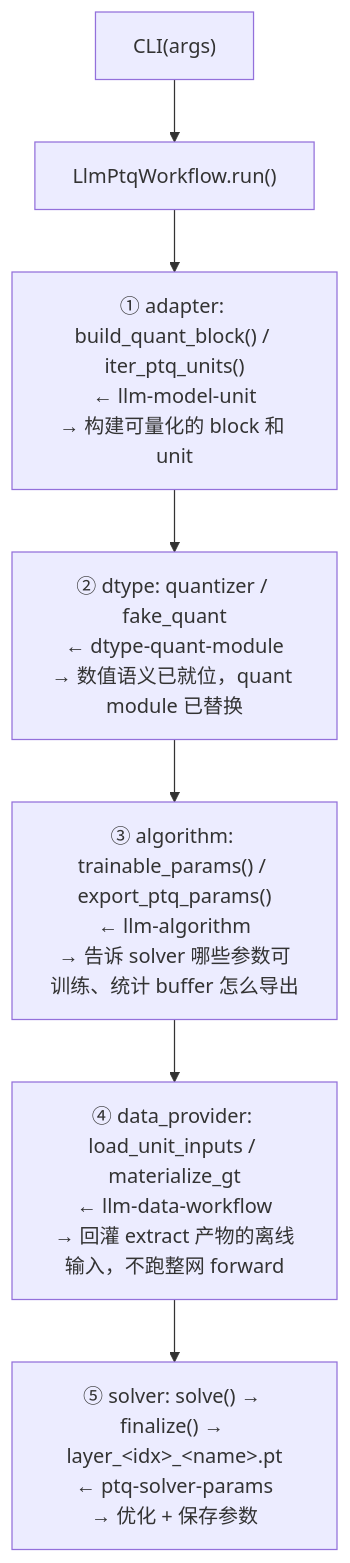
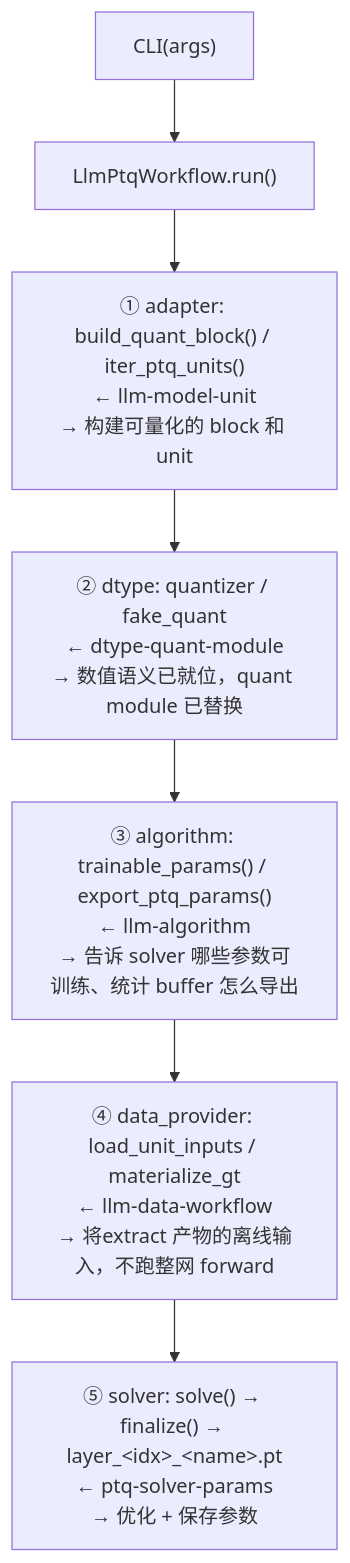
One commit to Atlas-Ascend-Fork/amct changed the third of 5 diagrams in .agents/docs/amct_coder_analysis/data_flow_design_v2.md. Above: the diagram before and after it, drawn with Mermaid. The commit also changed other lines of this file, not shown here.

````diff
--- a/.agents/docs/amct_coder_analysis/data_flow_design_v2.md
+++ b/.agents/docs/amct_coder_analysis/data_flow_design_v2.md
@@ -77,9 +77,9 @@
 ```mermaid
 flowchart TD
     A["CLI(args)"] --> B["LlmPtqWorkflow.run()"]
     B --> C["① adapter: build_quant_block() / iter_ptq_units()<br/>← llm-model-unit<br/>→ 构建可量化的 block 和 unit"]
     C --> D["② dtype: quantizer / fake_quant<br/>← dtype-quant-module<br/>→ 数值语义已就位，quant module 已替换"]
     D --> E["③ algorithm: trainable_params() / export_ptq_params()<br/>← llm-algorithm<br/>→ 告诉 solver 哪些参数可训练、统计 buffer 怎么导出"]
-    E --> F["④ data_provider: load_unit_inputs / materialize_gt<br/>← llm-data-workflow<br/>→ 回灌 extract 产物的离线输入，不跑整网 forward"]
+    E --> F["④ data_provider: load_unit_inputs / materialize_gt<br/>← llm-data-workflow<br/>→ 将extract 产物的离线输入，不跑整网 forward"]
     F --> G["⑤ solver: solve() → finalize() → layer_&lt;idx&gt;_&lt;name&gt;.pt<br/>← ptq-solver-params<br/>→ 优化 + 保存参数"]
 ```
````
